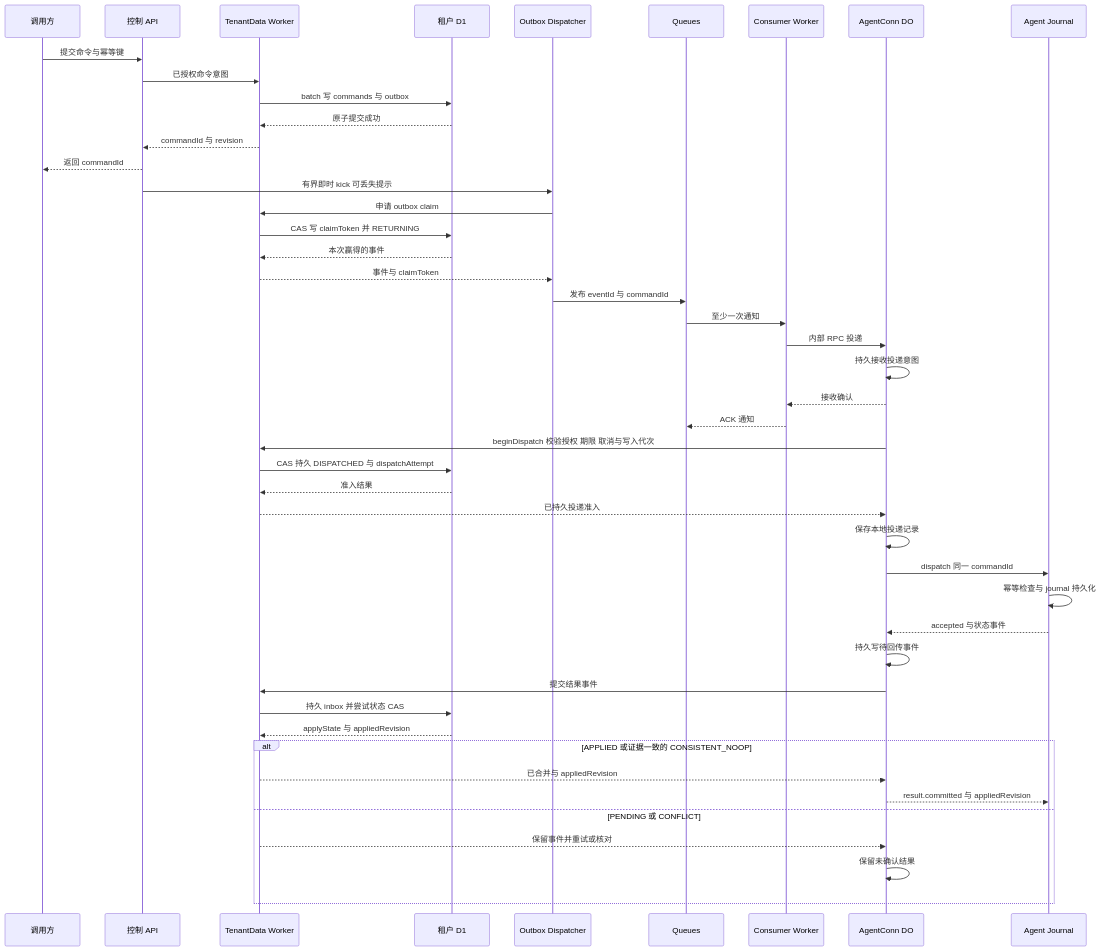
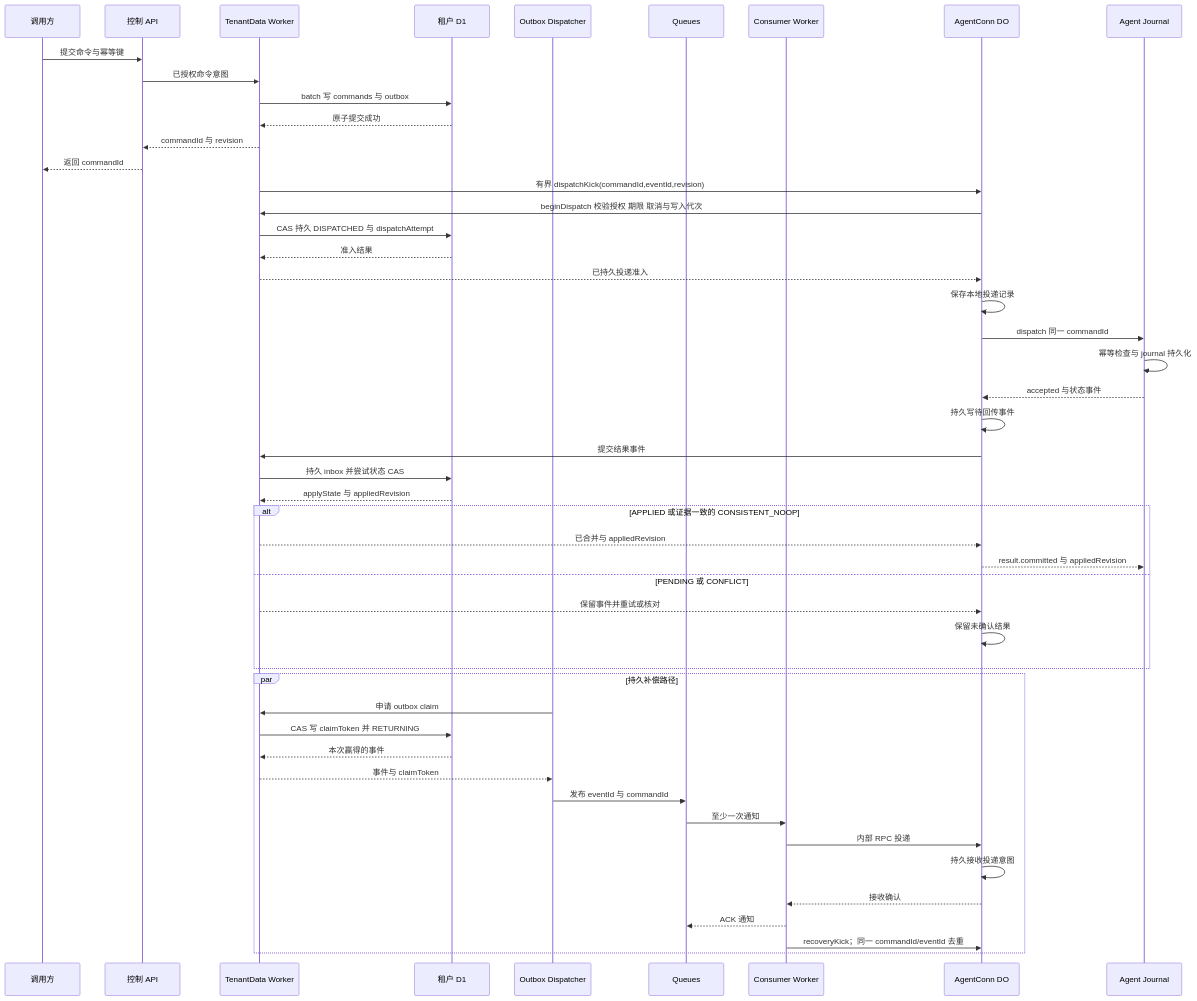
Before and after one commit to XCAngelWatch/AngelFleetPRD: the sixth of 8 diagrams in docs/technical-plan.md, drawn with Mermaid. The commit also changed other lines of this file and 10 other files, not shown here.

````diff
--- a/docs/technical-plan.md
+++ b/docs/technical-plan.md
@@ -723,48 +766,51 @@
 ```mermaid
 sequenceDiagram
     participant B as 调用方
     participant U as 控制 API
     participant T as TenantData Worker
     participant D as 租户 D1
     participant O as Outbox Dispatcher
     participant Q as Queues
     participant X as Consumer Worker
     participant C as AgentConn DO
     participant A as Agent Journal
     B->>U: 提交命令与幂等键
     U->>T: 已授权命令意图
     T->>D: batch 写 commands 与 outbox
     D-->>T: 原子提交成功
     T-->>U: commandId 与 revision
     U-->>B: 返回 commandId
-    U->>O: 有界即时 kick 可丢失提示
-    O->>T: 申请 outbox claim
-    T->>D: CAS 写 claimToken 并 RETURNING
-    D-->>T: 本次赢得的事件
-    T-->>O: 事件与 claimToken
-    O->>Q: 发布 eventId 与 commandId
-    Q->>X: 至少一次通知
-    X->>C: 内部 RPC 投递
-    C->>C: 持久接收投递意图
-    C-->>X: 接收确认
-    X-->>Q: ACK 通知
+    T->>C: 有界 dispatchKick(commandId,eventId,revision)
     C->>T: beginDispatch 校验授权 期限 取消与写入代次
     T->>D: CAS 持久 DISPATCHED 与 dispatchAttempt
     D-->>T: 准入结果
     T-->>C: 已持久投递准入
     C->>C: 保存本地投递记录
     C->>A: dispatch 同一 commandId
     A->>A: 幂等检查与 journal 持久化
     A-->>C: accepted 与状态事件
     C->>C: 持久写待回传事件
     C->>T: 提交结果事件
     T->>D: 持久 inbox 并尝试状态 CAS
     D-->>T: applyState 与 appliedRevision
     alt APPLIED 或证据一致的 CONSISTENT_NOOP
         T-->>C: 已合并与 appliedRevision
         C-->>A: result.committed 与 appliedRevision
     else PENDING 或 CONFLICT
         T-->>C: 保留事件并重试或核对
         C->>C: 保留未确认结果
     end
+    par 持久补偿路径
+    O->>T: 申请 outbox claim
+    T->>D: CAS 写 claimToken 并 RETURNING
+    D-->>T: 本次赢得的事件
+    T-->>O: 事件与 claimToken
+    O->>Q: 发布 eventId 与 commandId
+    Q->>X: 至少一次通知
+    X->>C: 内部 RPC 投递
+    C->>C: 持久接收投递意图
+    C-->>X: 接收确认
+    X-->>Q: ACK 通知
+    X->>C: recoveryKick；同一 commandId/eventId 去重
+    end
 ```
````
